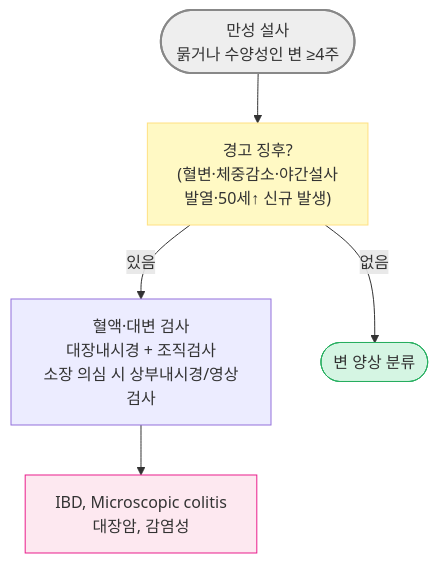
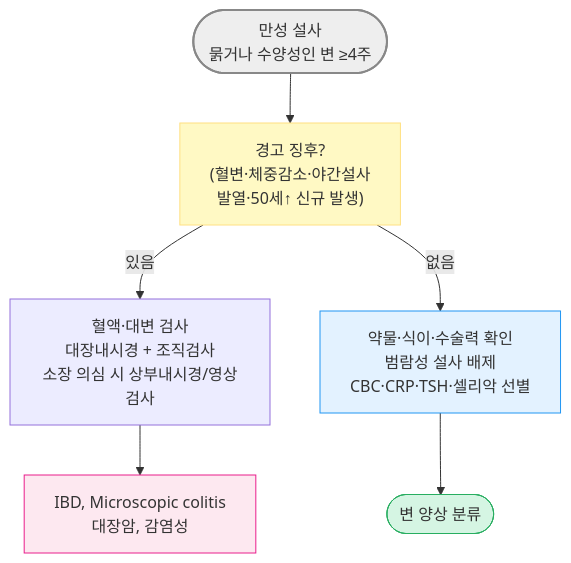
The first of 2 diagrams in 224_/084_-chronic-diarrhea.md (familyoh77/familyoh77), drawn with Mermaid before and after one commit. The commit also changed other lines of this file and 15 other files, not shown here.

````diff
--- a/224_/084_-chronic-diarrhea.md
+++ b/224_/084_-chronic-diarrhea.md
@@ -186,14 +194,16 @@
 ```mermaid
 graph TD
     Start(["만성 설사<br/>묽거나 수양성인 변 ≥4주"])
     Start --> RF["경고 징후?<br/>(혈변·체중감소·야간설사<br/>발열·50세↑ 신규 발생)"]
     RF -- "있음" --> Scope["혈액·대변 검사<br/>대장내시경 + 조직검사<br/>소장 의심 시 상부내시경/영상검사"]
-    RF -- "없음" --> Phenotype(["변 양상 분류"])
+    RF -- "없음" --> Initial["약물·식이·수술력 확인<br/>범람성 설사 배제<br/>CBC·CRP·TSH·셀리악 선별"]
+    Initial --> Phenotype(["변 양상 분류"])
     Scope --> OrgDx["IBD, Microscopic colitis<br/>대장암, 감염성"]
 
 style Start fill:#eeeeee,stroke:#888888,stroke-width:2px
 style RF fill:#fff9c4,stroke:#ffe082
+style Initial fill:#e3f2ff,stroke:#2196f3
 style OrgDx fill:#fde8f0,stroke:#e91e8c
 style Phenotype fill:#d5f5e3,stroke:#27ae60
 
 ```
````
